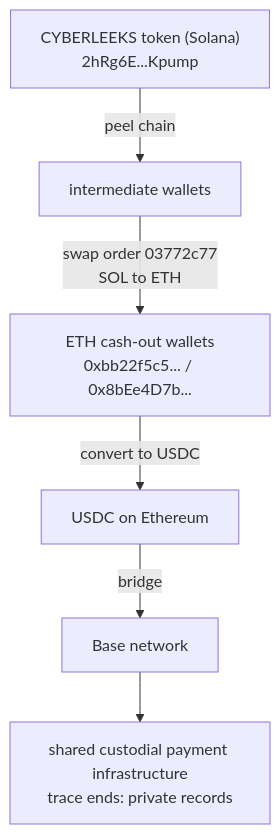
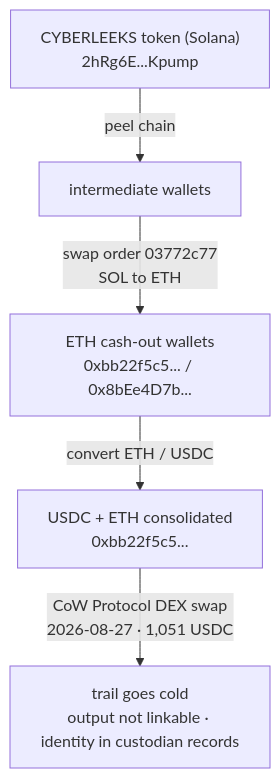
One commit to deepwoodssec/FollowTheLeek changed the diagram in crypto/README.md. Above: the diagram before and after it, drawn with Mermaid. The commit also changed other lines of this file and 5 other files, not shown here.

Commit message:
crypto: correct money trail to on-chain evidence (CoW DEX swap, not Base bridge); refresh token screenshot; clean infra recon note; rebuild evidence manifest

````diff
--- a/crypto/README.md
+++ b/crypto/README.md
@@ -66,8 +72,7 @@
 ```mermaid
 flowchart TD
     A["CYBERLEEKS token (Solana)<br/>2hRg6E...Kpump"] -->|peel chain| B["intermediate wallets"]
     B -->|"swap order 03772c77<br/>SOL to ETH"| C["ETH cash-out wallets<br/>0xbb22f5c5... / 0x8bEe4D7b..."]
-    C -->|convert to USDC| D["USDC on Ethereum"]
-    D -->|bridge| E["Base network"]
-    E --> F["shared custodial payment infrastructure<br/>trace ends: private records"]
+    C -->|"convert ETH / USDC"| D["USDC + ETH consolidated<br/>0xbb22f5c5..."]
+    D -->|"CoW Protocol DEX swap<br/>2026-08-27 · 1,051 USDC"| E["trail goes cold<br/>output not linkable · identity in custodian records"]
 ```
````
